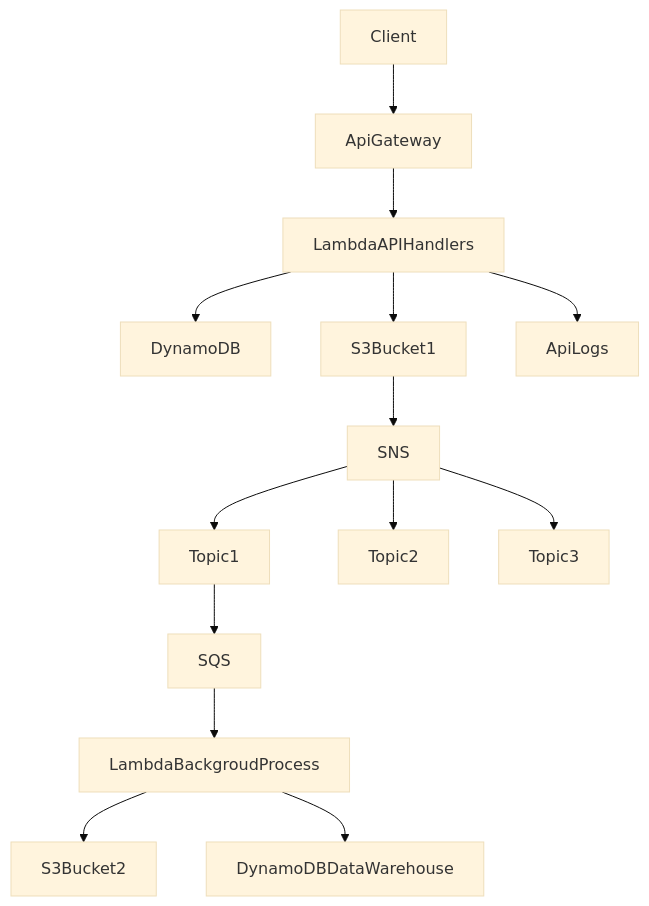
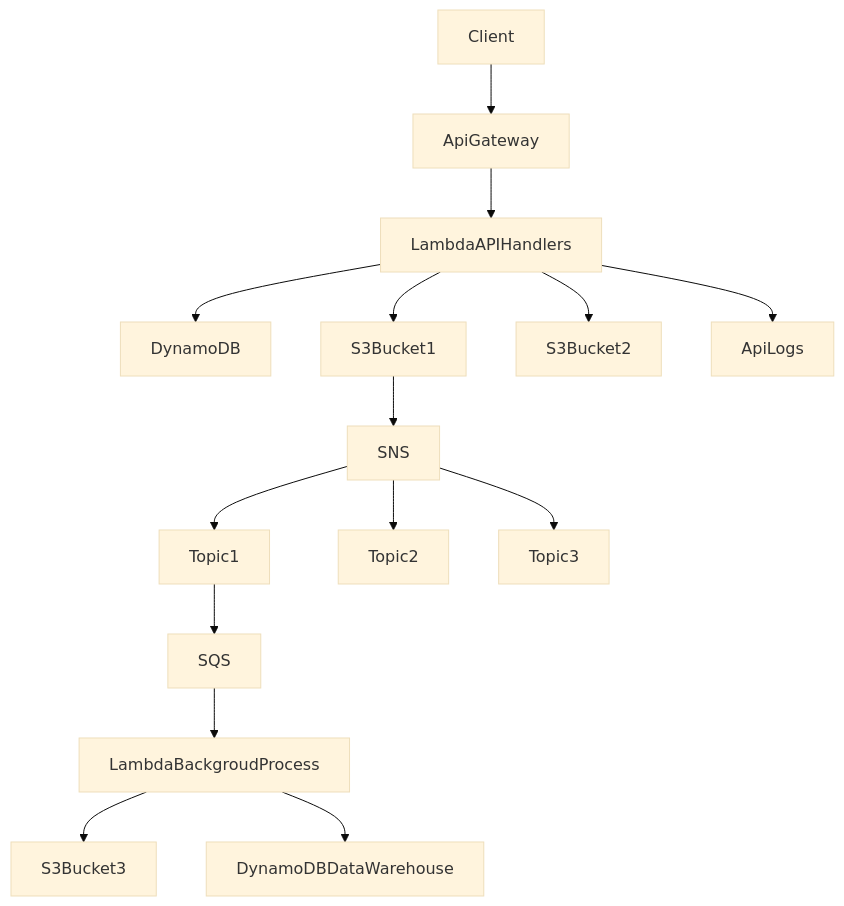
One commit to xreyc/serverless-framework changed the diagram in README.md. Above: the diagram before and after it, drawn with Mermaid (base theme).

````diff
--- a/README.md
+++ b/README.md
@@ -10,16 +10,17 @@
 ```mermaid
 graph TD;
     Client-->ApiGateway;
     ApiGateway-->LambdaAPIHandlers;
     LambdaAPIHandlers-->DynamoDB;
     LambdaAPIHandlers-->S3Bucket1;
+    LambdaAPIHandlers-->S3Bucket2;
     LambdaAPIHandlers-->ApiLogs;
     S3Bucket1-->SNS;
     SNS-->Topic1;
     SNS-->Topic2;
     SNS-->Topic3;
     Topic1-->SQS;
     SQS-->LambdaBackgroudProcess;
-    LambdaBackgroudProcess-->S3Bucket2;
+    LambdaBackgroudProcess-->S3Bucket3;
     LambdaBackgroudProcess-->DynamoDBDataWarehouse;
 ```
````
